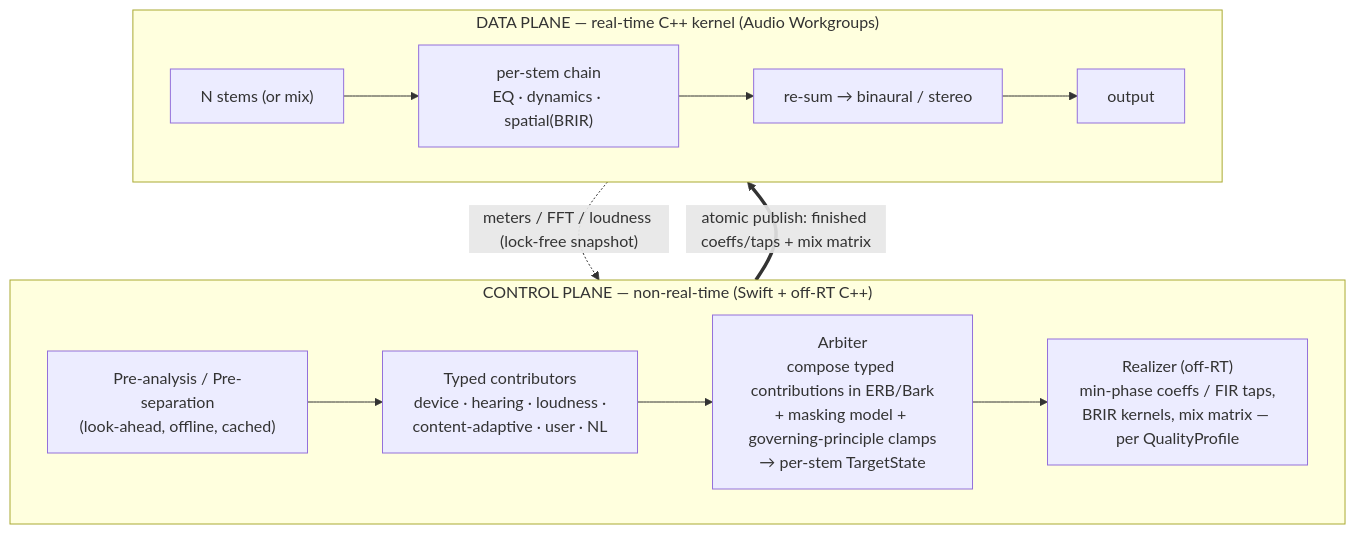
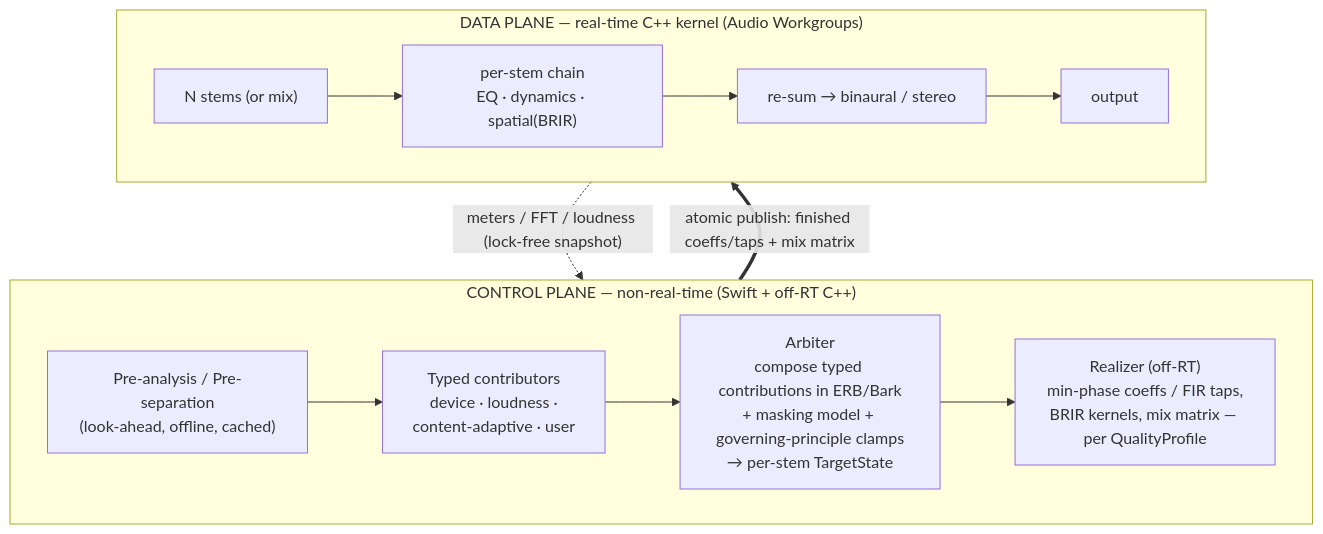
The diagram in docs/architecture/architecture.md (ramith/sound-engineering), drawn with Mermaid before and after one commit. The commit also changed other lines of this file and 7 other files, not shown here.

````diff
--- a/docs/architecture/architecture.md
+++ b/docs/architecture/architecture.md
@@ -51,17 +51,17 @@
 ```mermaid
 graph TB
   subgraph CP["CONTROL PLANE — non-real-time (Swift + off-RT C++)"]
     direction LR
     PRE["Pre-analysis / Pre-separation<br/>(look-ahead, offline, cached)"]
-    CTRS["Typed contributors<br/>device · hearing · loudness ·<br/>content-adaptive · user · NL"]
+    CTRS["Typed contributors<br/>device · loudness ·<br/>content-adaptive · user"]
     ARB["Arbiter<br/>compose typed contributions in ERB/Bark<br/>+ masking model + governing-principle clamps<br/>→ per-stem TargetState"]
     REAL["Realizer (off-RT)<br/>min-phase coeffs / FIR taps,<br/>BRIR kernels, mix matrix — per QualityProfile"]
     PRE --> CTRS --> ARB --> REAL
   end
   subgraph DP["DATA PLANE — real-time C++ kernel (Audio Workgroups)"]
     direction LR
     STEMS["N stems (or mix)"] --> PSC["per-stem chain<br/>EQ · dynamics · spatial(BRIR)"] --> SUM["re-sum → binaural / stereo"] --> OUT["output"]
   end
   REAL == "atomic publish: finished coeffs/taps + mix matrix" ==> PSC
   DP -. "meters / FFT / loudness (lock-free snapshot)" .-> PRE
 ```
````
